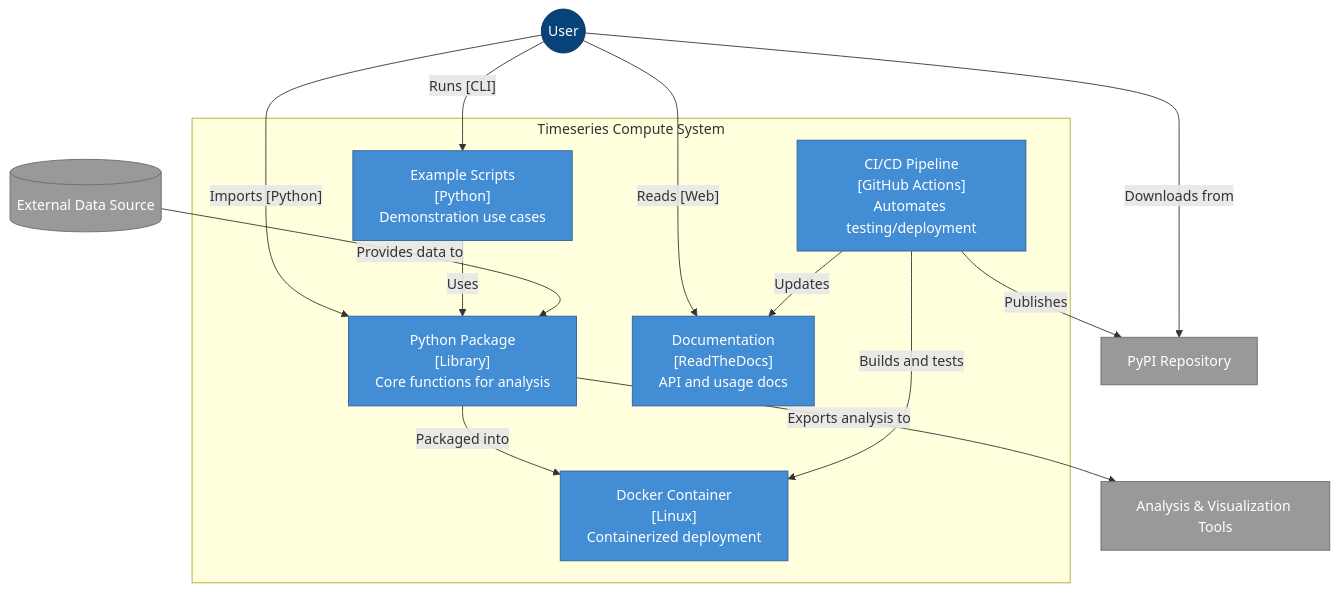
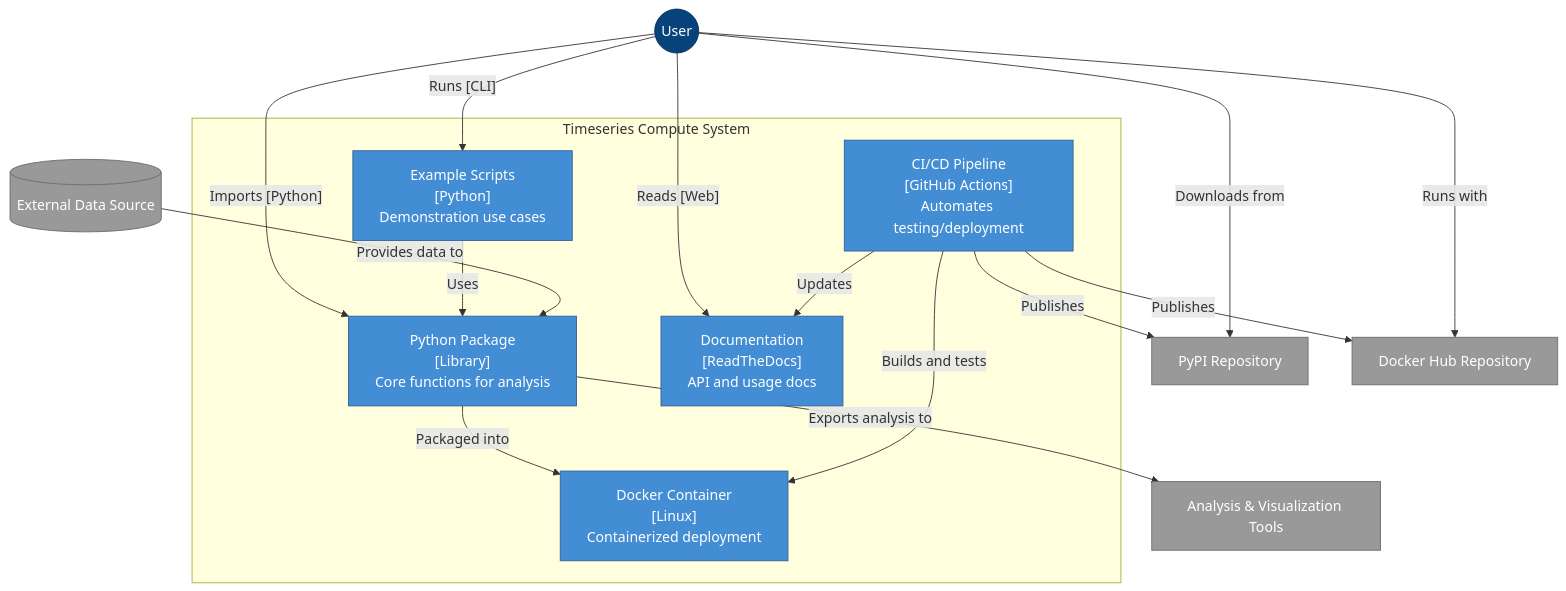
The second of 5 diagrams in README.md (garthmortensen/timeseries-compute), drawn with Mermaid before and after one commit. The commit also changed other lines of this file and 1 other file, not shown here.

````diff
--- a/README.md
+++ b/README.md
@@ -151,38 +152,41 @@
 ```mermaid
 flowchart TB
     %% Styling
     classDef person fill:#08427B,color:#fff,stroke:#052E56,stroke-width:1px
     classDef container fill:#438DD5,color:#fff,stroke:#2E6295,stroke-width:1px
     classDef external fill:#999999,color:#fff,stroke:#6B6B6B,stroke-width:1px
     classDef system fill:#1168BD,color:#fff,stroke:#0B4884,stroke-width:1px
     
     %% Person
     User((User)):::person
     
     %% System boundary
     subgraph TimeseriesComputeSystem["Timeseries Compute System"]
         PythonPackage["Python Package<br>[Library]<br>Core functions for analysis"]:::container
         Dockerized["Docker Container<br>[Linux]<br>Containerized deployment"]:::container
         ExampleScripts["Example Scripts<br>[Python]<br>Demonstration use cases"]:::container
         CIpipeline["CI/CD Pipeline<br>[GitHub Actions]<br>Automates testing/deployment"]:::container
         Documentation["Documentation<br>[ReadTheDocs]<br>API and usage docs"]:::container
     end
     
     %% External Systems
     ExternalDataSource[(External Data Source)]:::external
     AnalysisTool[Analysis & Visualization Tools]:::external
     PyPI[PyPI Repository]:::external
+    DockerHub[Docker Hub Repository]:::external
     
     %% Relationships
     User -- "Imports [Python]" --> PythonPackage
     User -- "Runs [CLI]" --> ExampleScripts
     User -- "Reads [Web]" --> Documentation
     ExampleScripts -- "Uses" --> PythonPackage
     PythonPackage -- "Packaged into" --> Dockerized
     CIpipeline -- "Builds and tests" --> Dockerized
     CIpipeline -- "Publishes" --> PyPI
+    CIpipeline -- "Publishes" --> DockerHub
     CIpipeline -- "Updates" --> Documentation
     ExternalDataSource -- "Provides data to" --> PythonPackage
     PythonPackage -- "Exports analysis to" --> AnalysisTool
     User -- "Downloads from" --> PyPI
+    User -- "Runs with" --> DockerHub
 ```
````
